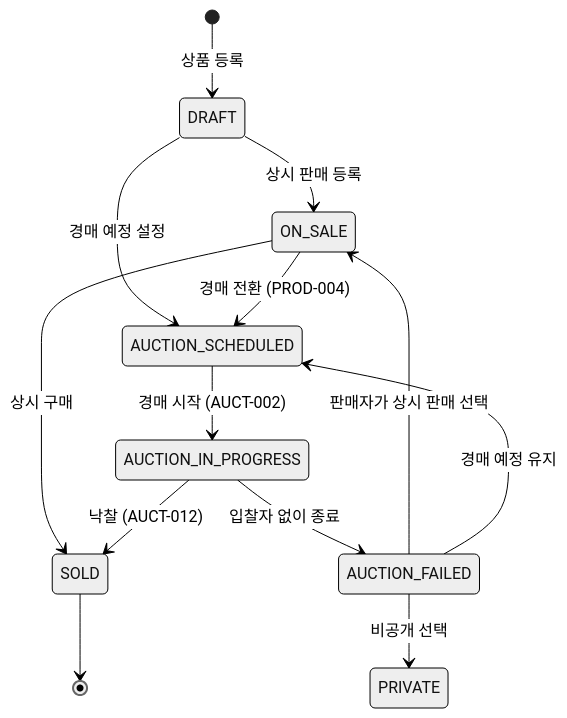
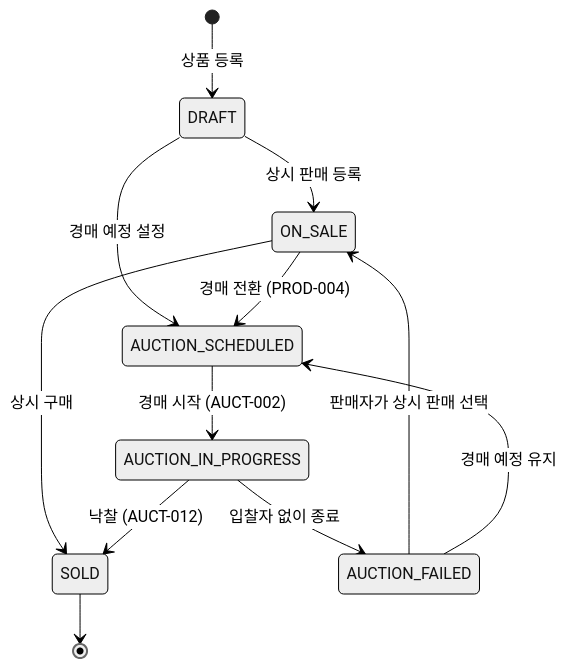
One commit to Team-vintib/Vintib-AI changed the third of 3 diagrams in BE/docs/db/erd.md. Above: the diagram before and after it, drawn with Mermaid (neutral theme). The commit also changed other lines of this file and 19 other files, not shown here.

````diff
--- a/BE/docs/db/erd.md
+++ b/BE/docs/db/erd.md
@@ -125,15 +125,14 @@
 ```mermaid
 stateDiagram-v2
     [*] --> DRAFT : 상품 등록
     DRAFT --> ON_SALE : 상시 판매 등록
     DRAFT --> AUCTION_SCHEDULED : 경매 예정 설정
     ON_SALE --> AUCTION_SCHEDULED : 경매 전환 (PROD-004)
     AUCTION_SCHEDULED --> AUCTION_IN_PROGRESS : 경매 시작 (AUCT-002)
     ON_SALE --> SOLD : 상시 구매
     AUCTION_IN_PROGRESS --> SOLD : 낙찰 (AUCT-012)
     AUCTION_IN_PROGRESS --> AUCTION_FAILED : 입찰자 없이 종료
     AUCTION_FAILED --> ON_SALE : 판매자가 상시 판매 선택
     AUCTION_FAILED --> AUCTION_SCHEDULED : 경매 예정 유지
-    AUCTION_FAILED --> PRIVATE : 비공개 선택
     SOLD --> [*]
 ```
````
